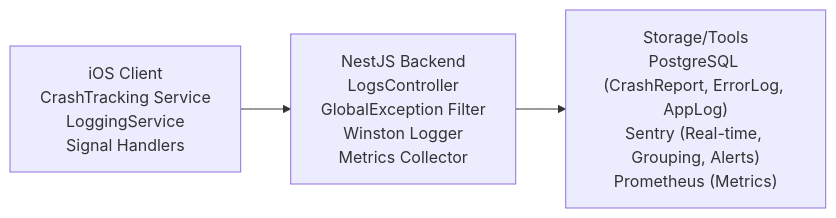
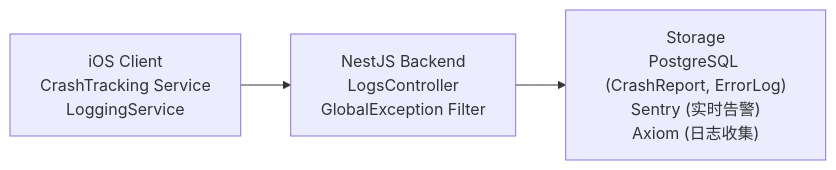
The diagram in 05-operations/monitoring/logging.md (readmigo/docs), drawn with Mermaid before and after one commit. The commit also changed other lines of this file and 27 other files, not shown here.

First line of the commit message:
audit: remove code snippets, update to 2-env architecture across operations and pipeline docs

````diff
--- a/05-operations/monitoring/logging.md
+++ b/05-operations/monitoring/logging.md
@@ -34,5 +31,5 @@
 ```mermaid
 graph LR
-    A["iOS Client<br>CrashTracking Service<br>LoggingService<br>Signal Handlers"] --> B["NestJS Backend<br>LogsController<br>GlobalException Filter<br>Winston Logger<br>Metrics Collector"]
-    B --> C["Storage/Tools<br>PostgreSQL (CrashReport, ErrorLog, AppLog)<br>Sentry (Real-time, Grouping, Alerts)<br>Prometheus (Metrics)"]
+    A["iOS Client<br>CrashTracking Service<br>LoggingService"] --> B["NestJS Backend<br>LogsController<br>GlobalException Filter"]
+    B --> C["Storage<br>PostgreSQL (CrashReport, ErrorLog)<br>Sentry (实时告警)<br>Axiom (日志收集)"]
 ```
````
